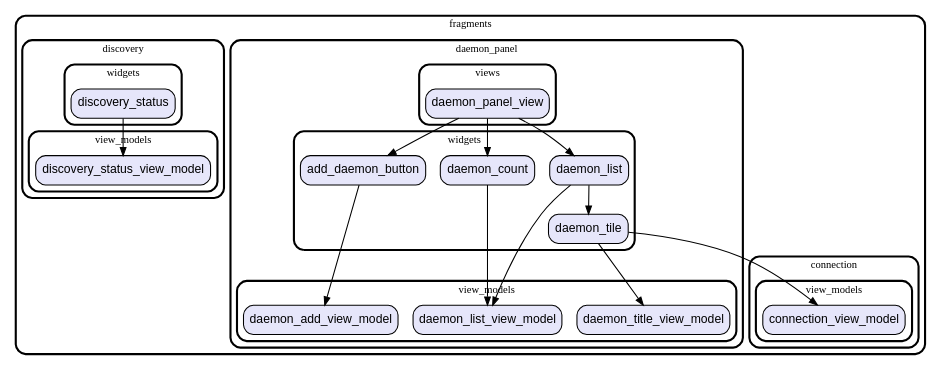
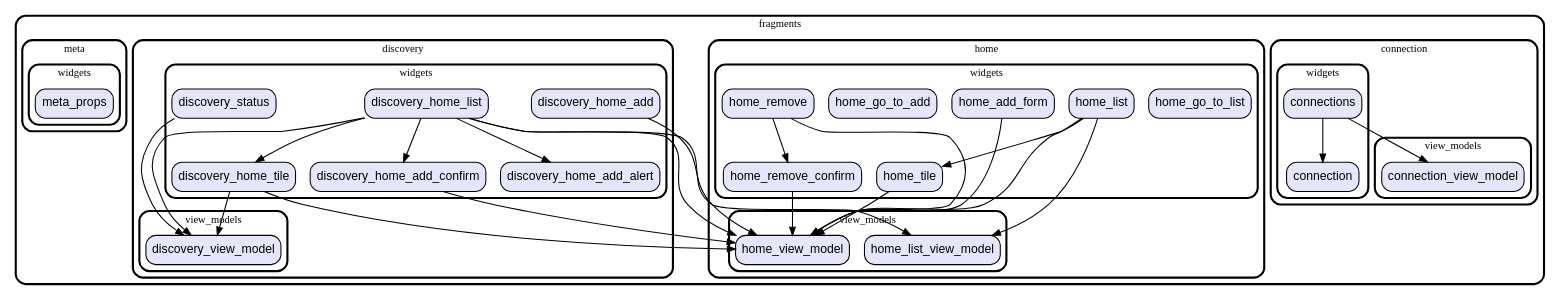
Before and after one commit to gev/reacthome-mobile: the diagram in graph/lib/ui/fragments.dot, drawn with Graphviz. The commit also changed 222 other files, not shown here.

```diff
--- a/graph/lib/ui/fragments.dot
+++ b/graph/lib/ui/fragments.dot
@@ -1,67 +1,102 @@
 digraph "" {
   graph [style=rounded fontname="Arial Black" fontsize=13 penwidth=2.6];
   node [shape=rect style="filled,rounded" fontname=Arial fontsize=15 fillcolor=Lavender penwidth=1.3];
   edge [penwidth=1.3];
+  "/home/view_models/home_view_model.dart" [label="home_view_model"];
+  "/home/view_models/home_list_view_model.dart" [label="home_list_view_model"];
+  "/home/widgets/home_go_to_list.dart" [label="home_go_to_list"];
+  "/home/widgets/home_remove.dart" [label="home_remove"];
+  "/home/widgets/home_tile.dart" [label="home_tile"];
+  "/home/widgets/home_remove_confirm.dart" [label="home_remove_confirm"];
+  "/home/widgets/home_add_form.dart" [label="home_add_form"];
+  "/home/widgets/home_go_to_add.dart" [label="home_go_to_add"];
+  "/home/widgets/home_list.dart" [label="home_list"];
   "/connection/view_models/connection_view_model.dart" [label="connection_view_model"];
-  "/daemon_panel/view_models/daemon_add_view_model.dart" [label="daemon_add_view_model"];
-  "/daemon_panel/view_models/daemon_title_view_model.dart" [label="daemon_title_view_model"];
-  "/daemon_panel/view_models/daemon_list_view_model.dart" [label="daemon_list_view_model"];
-  "/daemon_panel/views/daemon_panel_view.dart" [label="daemon_panel_view"];
-  "/daemon_panel/widgets/daemon_tile.dart" [label="daemon_tile"];
-  "/daemon_panel/widgets/daemon_list.dart" [label="daemon_list"];
-  "/daemon_panel/widgets/daemon_count.dart" [label="daemon_count"];
-  "/daemon_panel/widgets/add_daemon_button.dart" [label="add_daemon_button"];
-  "/discovery/view_models/discovery_status_view_model.dart" [label="discovery_status_view_model"];
+  "/connection/widgets/connection.dart" [label="connection"];
+  "/connection/widgets/connections.dart" [label="connections"];
+  "/discovery/view_models/discovery_view_model.dart" [label="discovery_view_model"];
+  "/discovery/widgets/discovery_home_add_confirm.dart" [label="discovery_home_add_confirm"];
   "/discovery/widgets/discovery_status.dart" [label="discovery_status"];
+  "/discovery/widgets/discovery_home_add_alert.dart" [label="discovery_home_add_alert"];
+  "/discovery/widgets/discovery_home_add.dart" [label="discovery_home_add"];
+  "/discovery/widgets/discovery_home_tile.dart" [label="discovery_home_tile"];
+  "/discovery/widgets/discovery_home_list.dart" [label="discovery_home_list"];
+  "/meta/widgets/meta_props.dart" [label="meta_props"];
   subgraph "cluster~" {
     label="fragments";
+    subgraph "cluster~/home" {
+      label="home";
+      subgraph "cluster~/home/view_models" {
+        label="view_models";
+        "/home/view_models/home_view_model.dart";
+        "/home/view_models/home_list_view_model.dart";
+      }
+      subgraph "cluster~/home/widgets" {
+        label="widgets";
+        "/home/widgets/home_go_to_list.dart";
+        "/home/widgets/home_remove.dart";
+        "/home/widgets/home_tile.dart";
+        "/home/widgets/home_remove_confirm.dart";
+        "/home/widgets/home_add_form.dart";
+        "/home/widgets/home_go_to_add.dart";
+        "/home/widgets/home_list.dart";
+      }
+    }
     subgraph "cluster~/connection" {
       label="connection";
       subgraph "cluster~/connection/view_models" {
         label="view_models";
         "/connection/view_models/connection_view_model.dart";
       }
-    }
-    subgraph "cluster~/daemon_panel" {
-      label="daemon_panel";
-      subgraph "cluster~/daemon_panel/view_models" {
-        label="view_models";
-        "/daemon_panel/view_models/daemon_add_view_model.dart";
-        "/daemon_panel/view_models/daemon_title_view_model.dart";
-        "/daemon_panel/view_models/daemon_list_view_model.dart";
-      }
-      subgraph "cluster~/daemon_panel/views" {
-        label="views";
-        "/daemon_panel/views/daemon_panel_view.dart";
-      }
-      subgraph "cluster~/daemon_panel/widgets" {
+      subgraph "cluster~/connection/widgets" {
         label="widgets";
-        "/daemon_panel/widgets/daemon_tile.dart";
-        "/daemon_panel/widgets/daemon_list.dart";
-        "/daemon_panel/widgets/daemon_count.dart";
-        "/daemon_panel/widgets/add_daemon_button.dart";
+        "/connection/widgets/connection.dart";
+        "/connection/widgets/connections.dart";
       }
     }
     subgraph "cluster~/discovery" {
       label="discovery";
       subgraph "cluster~/discovery/view_models" {
         label="view_models";
-        "/discovery/view_models/discovery_status_view_model.dart";
+        "/discovery/view_models/discovery_view_model.dart";
       }
       subgraph "cluster~/discovery/widgets" {
         label="widgets";
+        "/discovery/widgets/discovery_home_add_confirm.dart";
         "/discovery/widgets/discovery_status.dart";
+        "/discovery/widgets/discovery_home_add_alert.dart";
+        "/discovery/widgets/discovery_home_add.dart";
+        "/discovery/widgets/discovery_home_tile.dart";
+        "/discovery/widgets/discovery_home_list.dart";
+      }
+    }
+    subgraph "cluster~/meta" {
+      label="meta";
+      subgraph "cluster~/meta/widgets" {
+        label="widgets";
+        "/meta/widgets/meta_props.dart";
       }
     }
   }
-  "/daemon_panel/views/daemon_panel_view.dart" -> "/daemon_panel/widgets/add_daemon_button.dart";
-  "/daemon_panel/views/daemon_panel_view.dart" -> "/daemon_panel/widgets/daemon_count.dart";
-  "/daemon_panel/views/daemon_panel_view.dart" -> "/daemon_panel/widgets/daemon_list.dart";
-  "/daemon_panel/widgets/daemon_tile.dart" -> "/connection/view_models/connection_view_model.dart";
-  "/daemon_panel/widgets/daemon_tile.dart" -> "/daemon_panel/view_models/daemon_title_view_model.dart";
-  "/daemon_panel/widgets/daemon_list.dart" -> "/daemon_panel/view_models/daemon_list_view_model.dart";
-  "/daemon_panel/widgets/daemon_list.dart" -> "/daemon_panel/widgets/daemon_tile.dart";
-  "/daemon_panel/widgets/daemon_count.dart" -> "/daemon_panel/view_models/daemon_list_view_model.dart";
-  "/daemon_panel/widgets/add_daemon_button.dart" -> "/daemon_panel/view_models/daemon_add_view_model.dart";
-  "/discovery/widgets/discovery_status.dart" -> "/discovery/view_models/discovery_status_view_model.dart";
+  "/home/widgets/home_remove.dart" -> "/home/view_models/home_view_model.dart";
+  "/home/widgets/home_remove.dart" -> "/home/widgets/home_remove_confirm.dart";
+  "/home/widgets/home_tile.dart" -> "/home/view_models/home_view_model.dart";
+  "/home/widgets/home_remove_confirm.dart" -> "/home/view_models/home_view_model.dart";
+  "/home/widgets/home_add_form.dart" -> "/home/view_models/home_view_model.dart";
+  "/home/widgets/home_list.dart" -> "/home/view_models/home_list_view_model.dart";
+  "/home/widgets/home_list.dart" -> "/home/view_models/home_view_model.dart";
+  "/home/widgets/home_list.dart" -> "/home/widgets/home_tile.dart";
+  "/connection/widgets/connections.dart" -> "/connection/view_models/connection_view_model.dart";
+  "/connection/widgets/connections.dart" -> "/connection/widgets/connection.dart";
+  "/discovery/widgets/discovery_home_add_confirm.dart" -> "/home/view_models/home_view_model.dart";
+  "/discovery/widgets/discovery_status.dart" -> "/discovery/view_models/discovery_view_model.dart";
+  "/discovery/widgets/discovery_home_add.dart" -> "/home/view_models/home_view_model.dart";
+  "/discovery/widgets/discovery_home_tile.dart" -> "/discovery/view_models/discovery_view_model.dart";
+  "/discovery/widgets/discovery_home_tile.dart" -> "/home/view_models/home_view_model.dart";
+  "/discovery/widgets/discovery_home_list.dart" -> "/discovery/view_models/discovery_view_model.dart";
+  "/discovery/widgets/discovery_home_list.dart" -> "/discovery/widgets/discovery_home_add_alert.dart";
+  "/discovery/widgets/discovery_home_list.dart" -> "/discovery/widgets/discovery_home_add_confirm.dart";
+  "/discovery/widgets/discovery_home_list.dart" -> "/discovery/widgets/discovery_home_tile.dart";
+  "/discovery/widgets/discovery_home_list.dart" -> "/home/view_models/home_list_view_model.dart";
+  "/discovery/widgets/discovery_home_list.dart" -> "/home/view_models/home_view_model.dart";
 }
```
